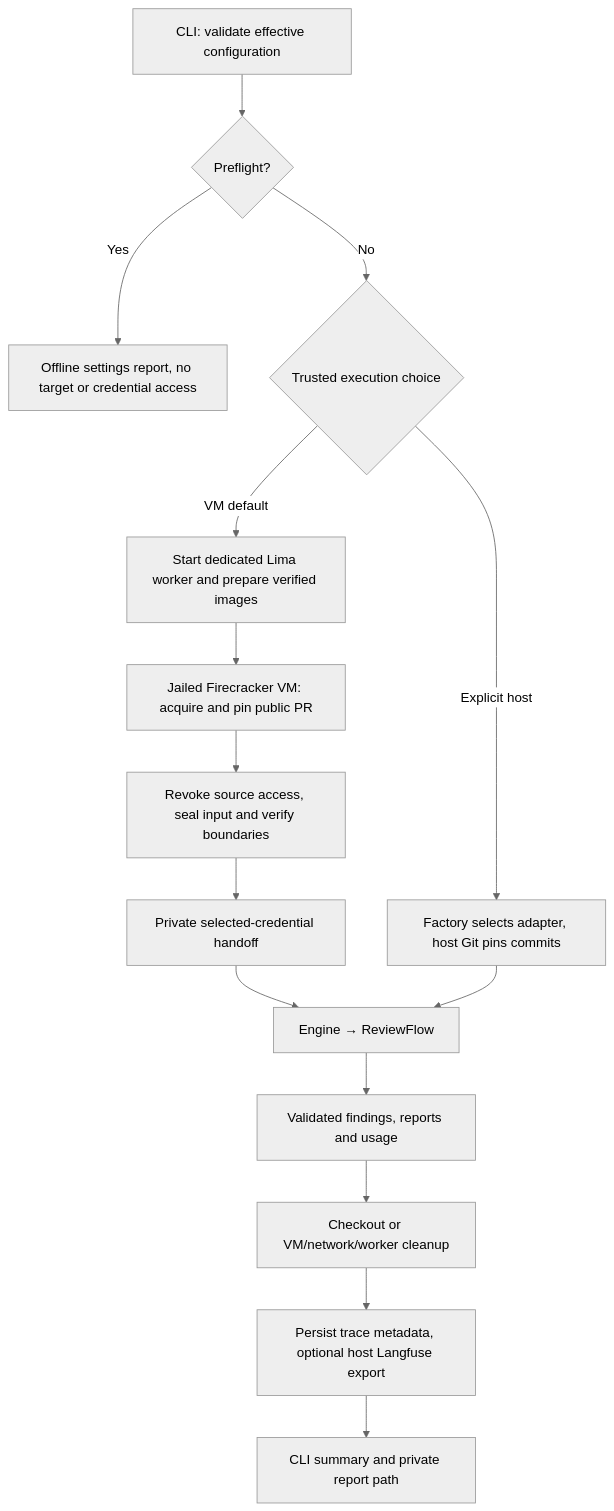
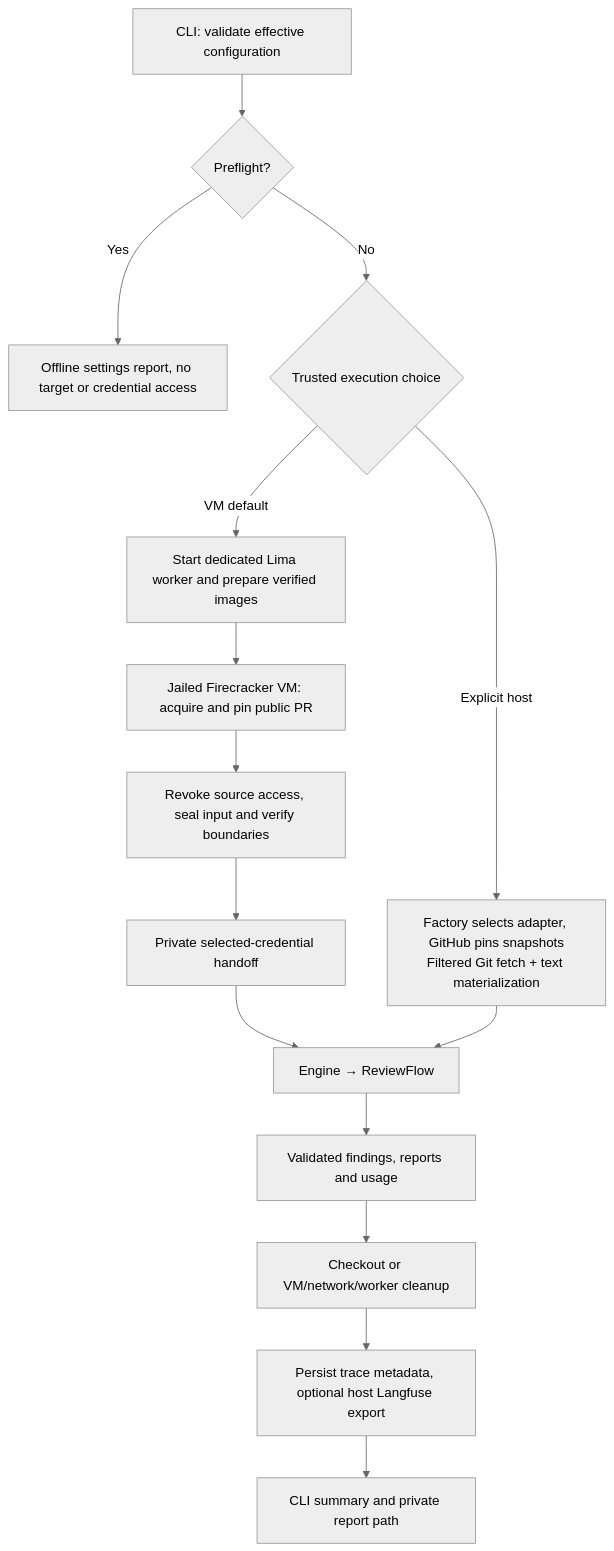
Before and after one commit to sskelkar/code-reviewer: the diagram in docs/architecture.md, drawn with Mermaid (neutral theme). The commit also changed other lines of this file and 33 other files, not shown here.

````diff
--- a/docs/architecture.md
+++ b/docs/architecture.md
@@ -25,17 +25,17 @@
 ```mermaid
 flowchart TD
     CLI["CLI: validate effective configuration"] --> PRE{"Preflight?"}
     PRE -->|Yes| CHECK["Offline settings report, no target or credential access"]
     PRE -->|No| LOCATION{"Trusted execution choice"}
     LOCATION -->|VM default| WORKER["Start dedicated Lima worker and prepare verified images"]
     WORKER --> VM["Jailed Firecracker VM: acquire and pin public PR"]
     VM --> ADMIT["Revoke source access, seal input and verify boundaries"]
     ADMIT --> KEY["Private selected-credential handoff"]
     KEY --> CORE["Engine → ReviewFlow"]
-    LOCATION -->|Explicit host| HOST["Factory selects adapter, host Git pins commits"]
+    LOCATION -->|Explicit host| HOST["Factory selects adapter, GitHub pins snapshots<br/>Filtered Git fetch + text materialization"]
     HOST --> CORE
     CORE --> RESULT["Validated findings, reports and usage"]
     RESULT --> CLEANUP["Checkout or VM/network/worker cleanup"]
     CLEANUP --> TRACE["Persist trace metadata, optional host Langfuse export"]
     TRACE --> OUTPUT["CLI summary and private report path"]
 ```
````
